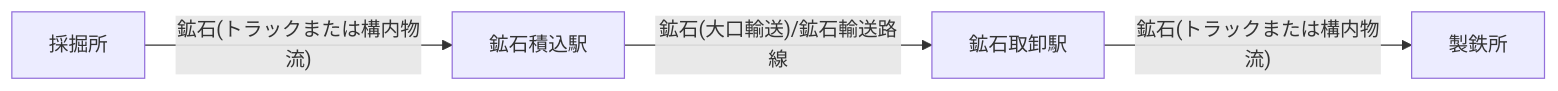
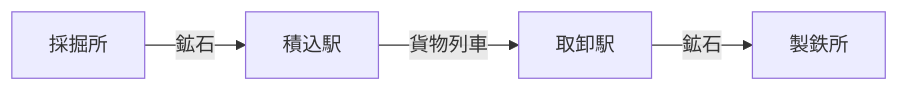
One commit to satken2/city-genesis changed the diagram in docs/docs/economics/33_貨物輸送.md. Above: the diagram before and after it, drawn with Mermaid. The commit also changed other lines of this file and 32 other files, not shown here.

````diff
--- a/docs/docs/economics/33_貨物輸送.md
+++ b/docs/docs/economics/33_貨物輸送.md
@@ -38,4 +28,4 @@
 ```mermaid
 graph LR
-採掘所 -- 鉱石(トラックまたは構内物流) --> 鉱石積込駅 -- 鉱石(大口輸送)/鉱石輸送路線 --> 鉱石取卸駅 -- 鉱石(トラックまたは構内物流) --> 製鉄所
+採掘所 -- 鉱石 --> 積込駅 -- 貨物列車 --> 取卸駅 -- 鉱石 --> 製鉄所
 ```
````
